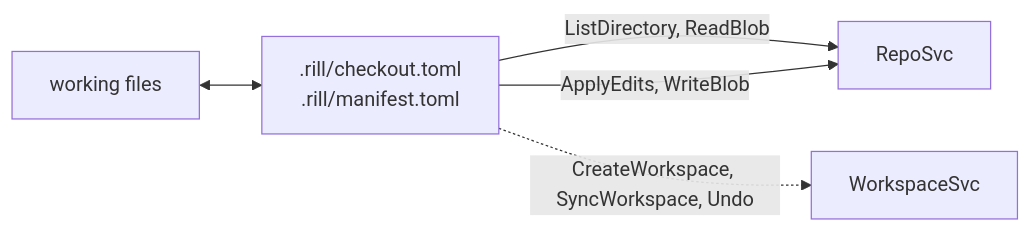
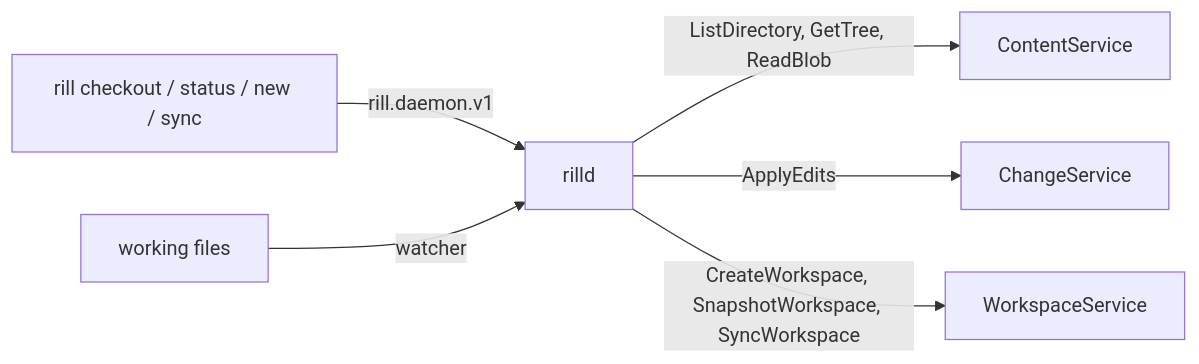
One commit to envoy1084/rill changed the diagram in architecture/04-workflow/checkouts.md. Above: the diagram before and after it, drawn with Mermaid. The commit also changed other lines of this file and 64 other files, not shown here.

First line of the commit message:
cli: checkouts are daemon mounts

````diff
--- a/architecture/04-workflow/checkouts.md
+++ b/architecture/04-workflow/checkouts.md
@@ -10,7 +11,8 @@
 ```mermaid
 flowchart LR
-    FS[working files] <--> CO[".rill/checkout.toml<br/>.rill/manifest.toml"]
-    CO -->|ListDirectory, ReadBlob| R[RepoSvc]
-    CO -->|ApplyEdits, WriteBlob| R
-    CO -.->|CreateWorkspace, SyncWorkspace, Undo| W[WorkspaceSvc]
+    CLI[rill checkout / status / new / sync] -->|rill.daemon.v1| D[rilld]
+    FS[working files] -->|watcher| D
+    D -->|ListDirectory, GetTree, ReadBlob| R[ContentService]
+    D -->|ApplyEdits| C[ChangeService]
+    D -->|CreateWorkspace, SnapshotWorkspace, SyncWorkspace| W[WorkspaceService]
 ```
````
